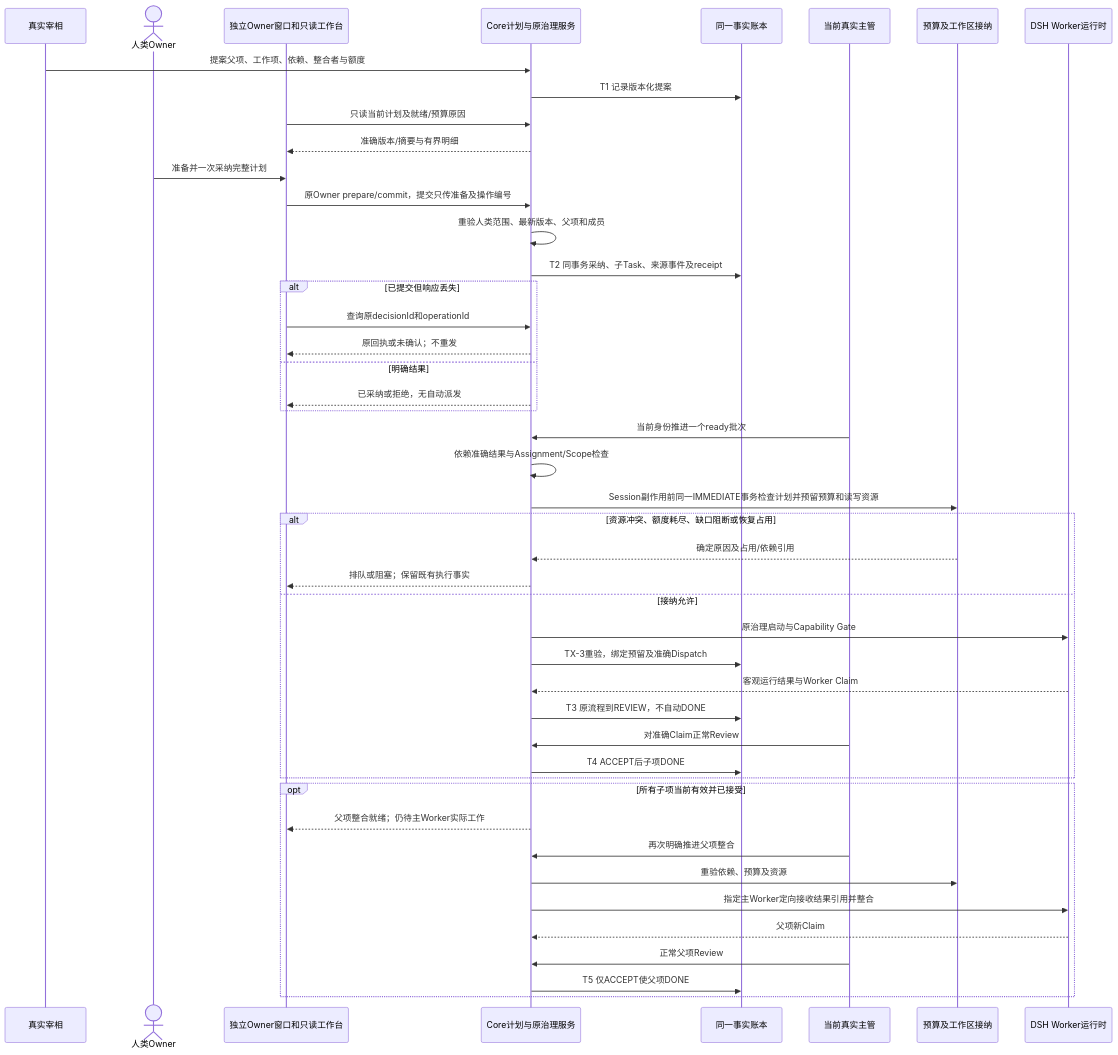
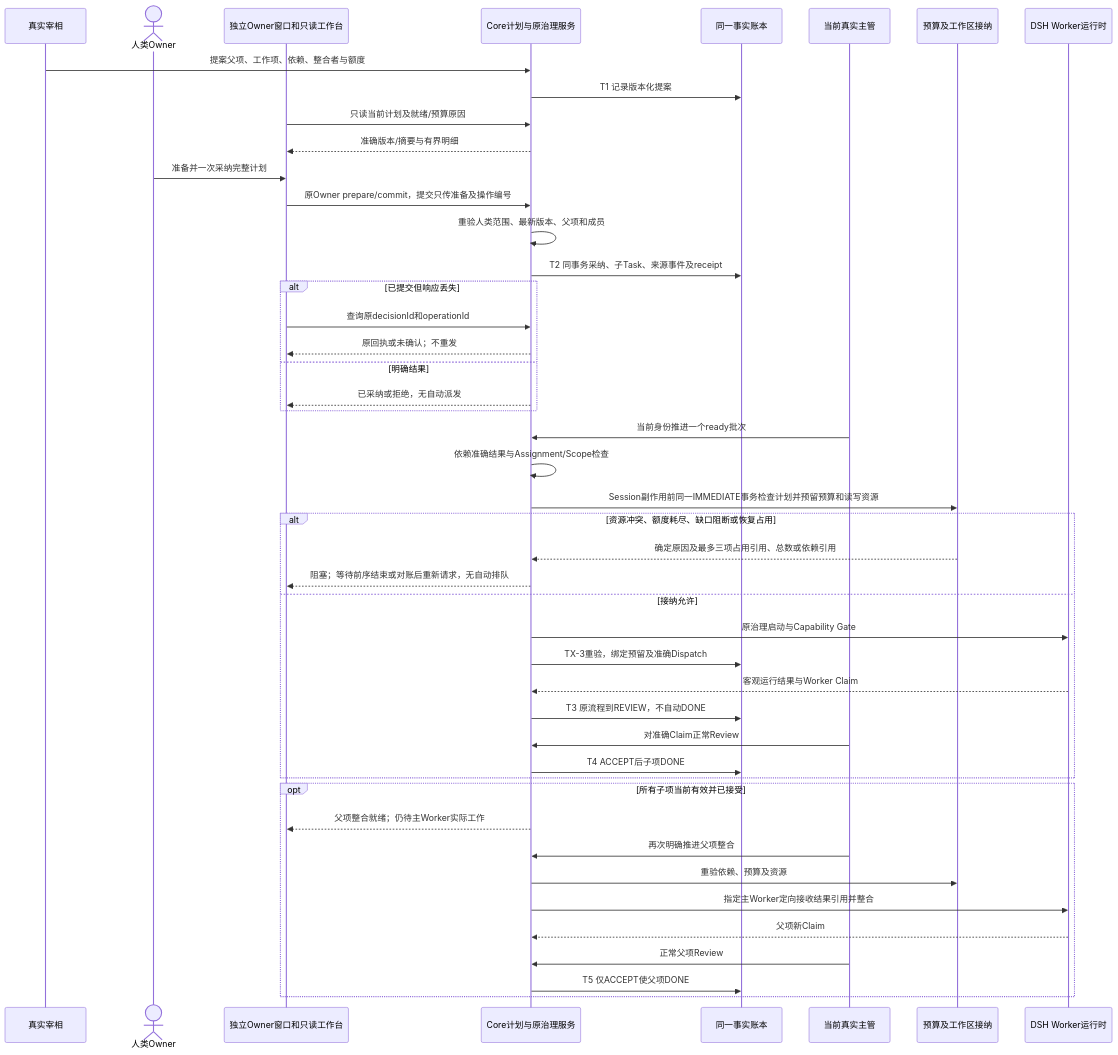
One commit to lusblead/dsh-Kingdom changed the third of 4 diagrams in docs/feature-flows/collaboration-bounded-plan/flow.md. Above: the diagram before and after it, drawn with Mermaid. The commit also changed other lines of this file and 42 other files, not shown here.

````diff
--- a/docs/feature-flows/collaboration-bounded-plan/flow.md
+++ b/docs/feature-flows/collaboration-bounded-plan/flow.md
@@ -79,48 +81,48 @@
 ```mermaid
 sequenceDiagram
     participant Chancellor as 真实宰相
     actor Human as 人类Owner
     participant GUI as 独立Owner窗口和只读工作台
     participant Core as Core计划与原治理服务
     participant Store as 同一事实账本
     participant Supervisor as 当前真实主管
     participant Admission as 预算及工作区接纳
     participant Runtime as DSH Worker运行时
     Chancellor->>Core: 提案父项、工作项、依赖、整合者与额度
     Core->>Store: T1 记录版本化提案
     GUI->>Core: 只读当前计划及就绪/预算原因
     Core-->>GUI: 准确版本/摘要与有界明细
     Human->>GUI: 准备并一次采纳完整计划
     GUI->>Core: 原Owner prepare/commit，提交只传准备及操作编号
     Core->>Core: 重验人类范围、最新版本、父项和成员
     Core->>Store: T2 同事务采纳、子Task、来源事件及receipt
     alt 已提交但响应丢失
         GUI->>Core: 查询原decisionId和operationId
         Core-->>GUI: 原回执或未确认；不重发
     else 明确结果
         Core-->>GUI: 已采纳或拒绝，无自动派发
     end
     Supervisor->>Core: 当前身份推进一个ready批次
     Core->>Core: 依赖准确结果与Assignment/Scope检查
     Core->>Admission: Session副作用前同一IMMEDIATE事务检查计划并预留预算和读写资源
     alt 资源冲突、额度耗尽、缺口阻断或恢复占用
-        Admission-->>Core: 确定原因及占用/依赖引用
-        Core-->>GUI: 排队或阻塞；保留既有执行事实
+        Admission-->>Core: 确定原因及最多三项占用引用、总数或依赖引用
+        Core-->>GUI: 阻塞；等待前序结束或对账后重新请求，无自动排队
     else 接纳允许
         Core->>Runtime: 原治理启动与Capability Gate
         Core->>Store: TX-3重验，绑定预留及准确Dispatch
         Runtime-->>Core: 客观运行结果与Worker Claim
         Core->>Store: T3 原流程到REVIEW，不自动DONE
         Supervisor->>Core: 对准确Claim正常Review
         Core->>Store: T4 ACCEPT后子项DONE
     end
     opt 所有子项当前有效并已接受
         Core-->>GUI: 父项整合就绪；仍待主Worker实际工作
         Supervisor->>Core: 再次明确推进父项整合
         Core->>Admission: 重验依赖、预算及资源
         Core->>Runtime: 指定主Worker定向接收结果引用并整合
         Runtime-->>Core: 父项新Claim
         Supervisor->>Core: 正常父项Review
         Core->>Store: T5 仅ACCEPT使父项DONE
     end
 ```
````
